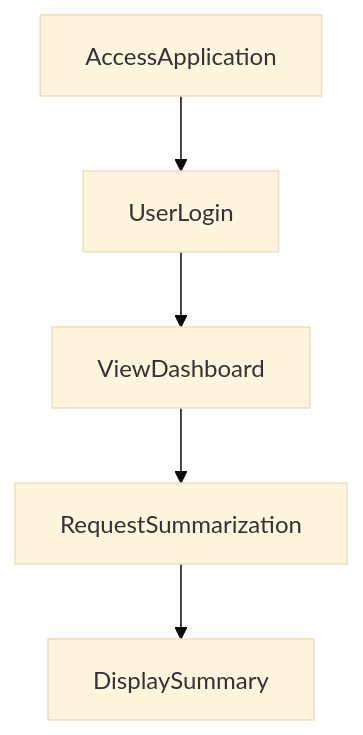
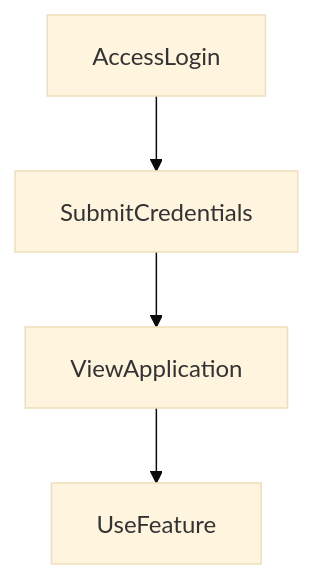
The second of 2 diagrams in README.md (yogithasivakumar/FocusZen), drawn with Mermaid (base theme) before and after one commit. The commit also changed other lines of this file, not shown here.

````diff
--- a/README.md
+++ b/README.md
@@ -21,7 +27,6 @@
 ```mermaid
 flowchart TD
-    AccessApplication --> UserLogin
-    UserLogin --> ViewDashboard
-    ViewDashboard --> RequestSummarization
-    RequestSummarization --> DisplaySummary
+    AccessLogin --> SubmitCredentials
+    SubmitCredentials --> ViewApplication
+    ViewApplication --> UseFeature
 ```
````
